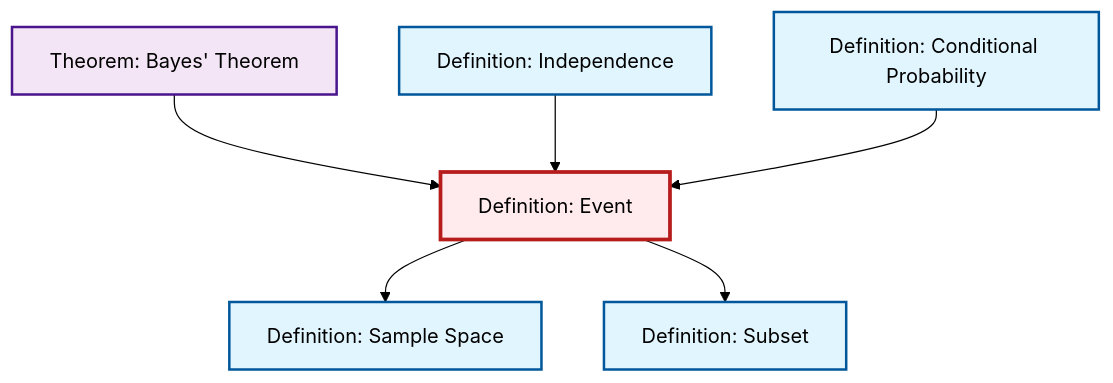
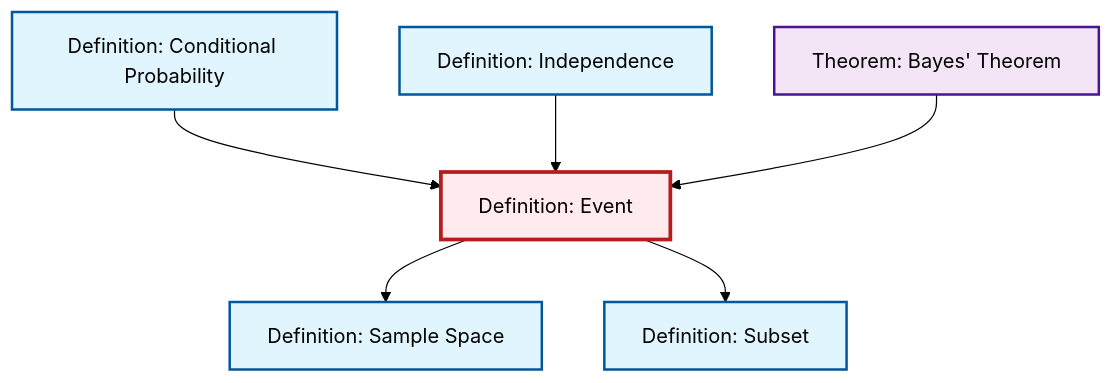
The diagram in content/ja/probability-statistics/def-event.qmd (RK0429/ModernMath), drawn with Mermaid (forest theme) before and after one commit. The commit also changed other lines of this file and 497 other files, not shown here.

````diff
--- a/content/ja/probability-statistics/def-event.qmd
+++ b/content/ja/probability-statistics/def-event.qmd
@@ -70,26 +70,26 @@
 ```{mermaid}
 %%| fig-cap: "Local dependency graph"
 graph TD
     classDef definition fill:#e1f5fe,stroke:#01579b,stroke-width:2px
     classDef theorem fill:#f3e5f5,stroke:#4a148c,stroke-width:2px
     classDef axiom fill:#fff3e0,stroke:#e65100,stroke-width:2px
     classDef example fill:#e8f5e9,stroke:#1b5e20,stroke-width:2px
     classDef current fill:#ffebee,stroke:#b71c1c,stroke-width:3px
+    def-subset["Definition: Subset"]:::definition
+    def-conditional-probability["Definition: Conditional Probability"]:::definition
+    def-event["Definition: Event"]:::definition
+    def-sample-space["Definition: Sample Space"]:::definition
     thm-bayes["Theorem: Bayes' Theorem"]:::theorem
-    def-conditional-probability["Definition: Conditional Probability"]:::definition
-    def-sample-space["Definition: Sample Space"]:::definition
-    def-event["Definition: Event"]:::definition
     def-independence["Definition: Independence"]:::definition
-    def-subset["Definition: Subset"]:::definition
+    def-conditional-probability --> def-event
+    def-independence --> def-event
     thm-bayes --> def-event
-    def-independence --> def-event
-    def-conditional-probability --> def-event
     def-event --> def-sample-space
     def-event --> def-subset
     class def-event current
-    click thm-bayes "thm-bayes.html" "Theorem: Bayes' Theoremへ"
+    click def-subset "def-subset.html" "Definition: Subsetへ"
     click def-conditional-probability "def-conditional-probability.html" "Definition: Conditional Probabilityへ"
     click def-sample-space "def-sample-space.html" "Definition: Sample Spaceへ"
+    click thm-bayes "thm-bayes.html" "Theorem: Bayes' Theoremへ"
     click def-independence "def-independence.html" "Definition: Independenceへ"
-    click def-subset "def-subset.html" "Definition: Subsetへ"
 ```
````
